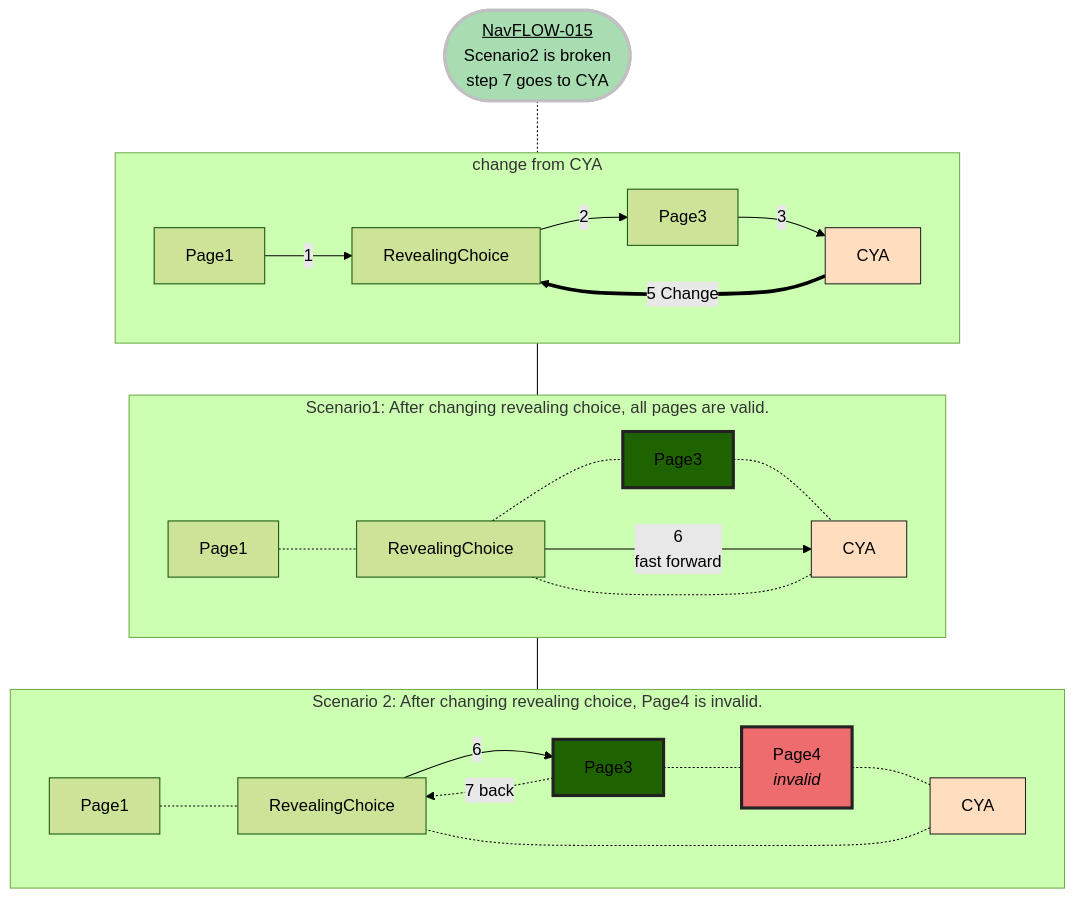
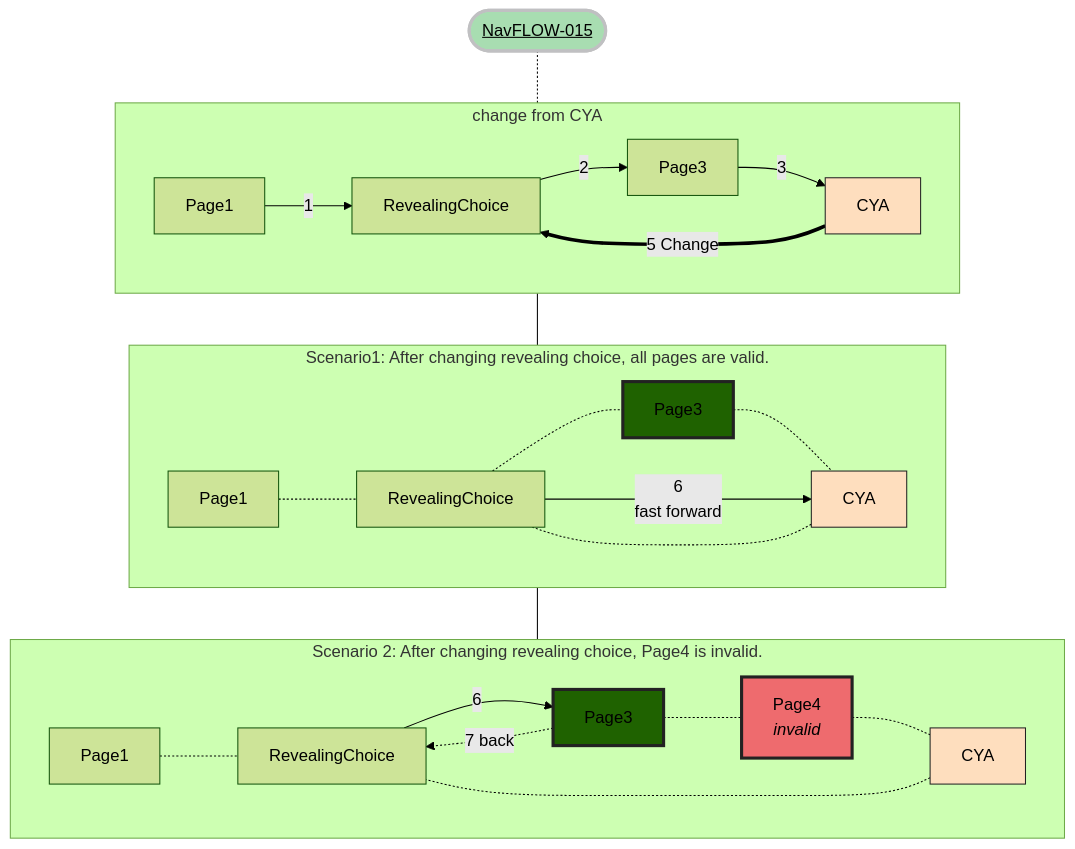
One commit to hmrc/gform-frontend changed diagram 15 of 20 in Navigation.md. Above: the diagram before and after it, drawn with Mermaid. The commit also changed other lines of this file, not shown here.

````diff
--- a/Navigation.md
+++ b/Navigation.md
@@ -494,69 +494,69 @@
 ```mermaid
 %%{init: {'theme': 'forest', "flowchart" : { "curve" : "basis" } } }%%
 flowchart TB
-    title([<u>NavFLOW-015</u><br>Scenario2 is broken<br> step 7 goes to CYA ])
+    title([<u>NavFLOW-015</u>])
 
 subgraph top["change from CYA"]
     direction LR
     Page1 --> |1| Page2["RevealingChoice"]
     Page2 --> |2| Page3
     Page3 --> |3| CYA
 
     CYA   ===> |5 Change|Page2
 
 
 end
 subgraph scenario1["Scenario1: After changing revealing choice, all pages are  valid."]
     direction LR
     Page11["Page1"]
     Page21["RevealingChoice"]
     Page31["Page3"]
 
 
     CYA1["CYA"]
     Page11 -.-  Page21
     Page21 -.- Page31
     Page31 -.-  CYA1
     CYA1   -.- Page21
     Page21 --> |6 <br>fast forward| CYA1
 end
 subgraph scenario2["Scenario 2: After changing revealing choice, Page4 is invalid."]
     direction LR
     Page12["Page1"]
     Page22["RevealingChoice"]
     Page32["Page3"]
     Page42["Page4<br><i>invalid"]
 
     CYA2["CYA"]
     Page12 -.-  Page22
     Page22 --> |6| Page32
     Page32 -.7 back.->Page22
     Page32 -.- Page42
     Page42 -.-  CYA2
 
     CYA2   -.- Page22
 
 end
  title -.- top
  top --- scenario1
  scenario1 --- scenario2
 
     classDef orange fill:#fedebe,stroke:#222,stroke-width:1px
     classDef orangeCYA fill:#ffaf42,stroke:#222,stroke-width:2px
     classDef valid fill:#1f6200,stroke:#222,stroke-width:3px
      classDef invalid fill:#ee6b6e,stroke:#222,stroke-width:3px
     class Page41 valid
     class Page31 valid
     class Page51 valid
     class Page32 valid
     class Page52 valid
     class Page42 invalid
     class CYA orange
     class CYA1 orange
     class CYA2 orange
     classDef greenTitle fill:#a8ddb1 ,stroke:#c0c0c2,stroke-width:3px
     classDef redTitle fill:#c21807 ,stroke:#c0c0c2,stroke-width:3px
     class title greenTitle
 
 
 ```
````
